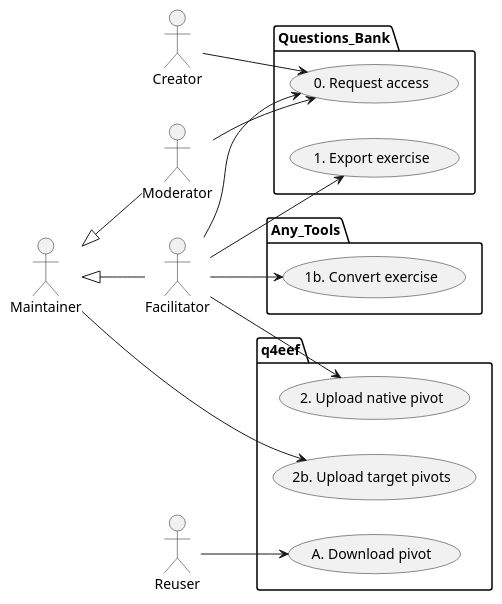
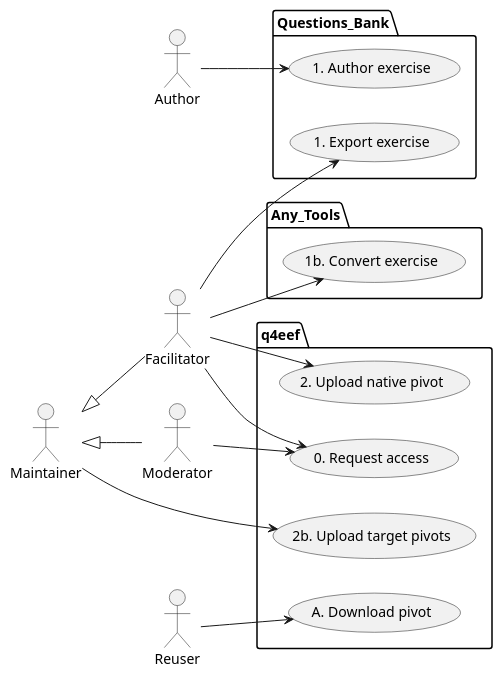
The diagram in doc/usecases.puml (frederic-baucher/q4eef), drawn with PlantUML before and after one commit.

Commit message:
add the facililator actor

```diff
--- a/doc/usecases.puml
+++ b/doc/usecases.puml
@@ -1,43 +1,45 @@
 @startuml
+/' edit with https://www.plantuml.com/plantuml/uml/ '/
 left to right direction
 
-actor Creator as cc
+actor Author as cc
 actor Facilitator as c
 actor Maintainer as t
 actor Moderator as m
 actor Reuser as r
 
 t <|-- c
 t <|-- m
 
 package Questions_Bank {
   usecase "1. Author exercise" as UC0
   usecase "1. Export exercise" as UC1
 }
 
 package Any_Tools {
   usecase "1b. Convert exercise" as UC2
 }
 
 package q4eef {
-  usecase "0. Request access" as UC0
+  usecase "0. Request access" as UCZ
   usecase "2. Upload native pivot" as UC3
   usecase "2b. Upload target pivots" as UC2b
   usecase "A. Download pivot" as UC4
 }
 
 
 cc --> UC0
 c --> UC1
 c --> UC2
 
 t --> UC2b
 
 c --> UC3
 
-m --> UC0
+m --> UCZ
 
 r --> UC4
 
-c --> UC0
+c --> UCZ
+
 @enduml
```
